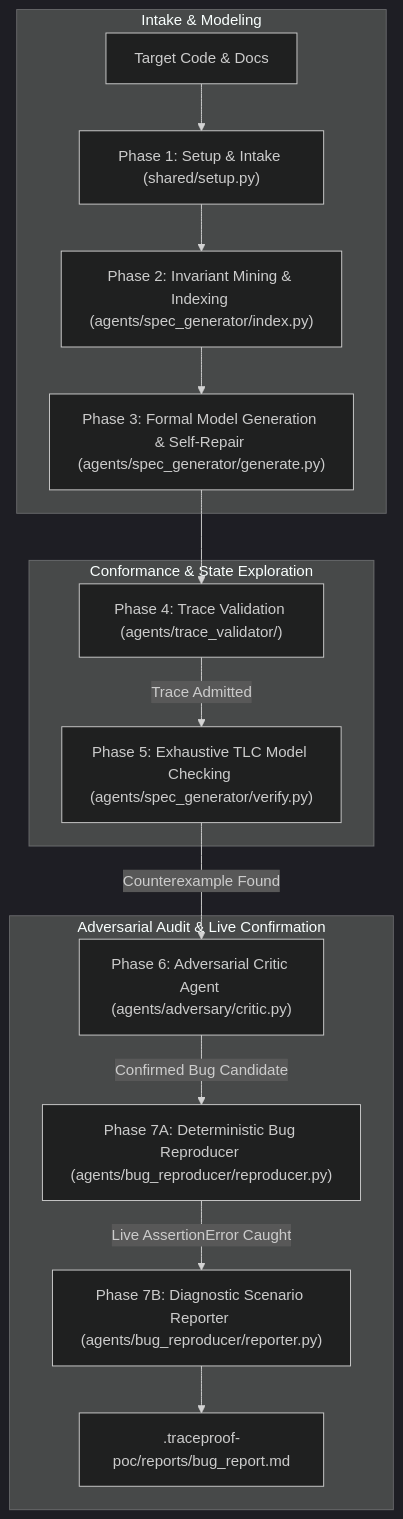
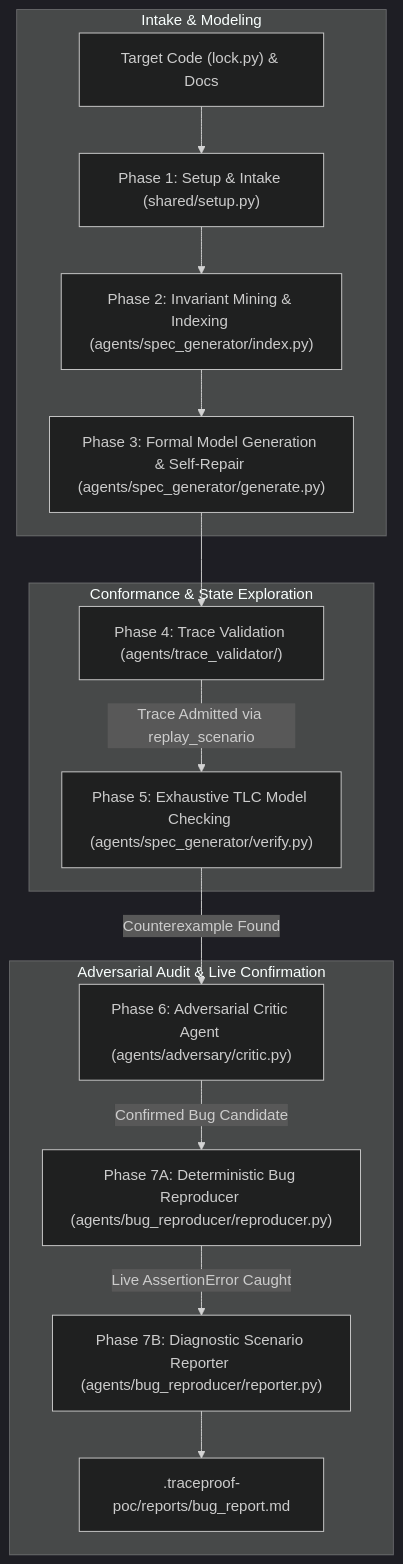
The first of 2 diagrams in README.md (Trace-Proof-Org/PoC), drawn with Mermaid (dark theme) before and after one commit. The commit also changed other lines of this file and 1 other file, not shown here.

````diff
--- a/README.md
+++ b/README.md
@@ -20,20 +26,20 @@
 ```mermaid
 flowchart TD
     subgraph Intake & Modeling
-        A["Target Code & Docs"] --> P1["Phase 1: Setup & Intake (shared/setup.py)"]
+        A["Target Code (lock.py) & Docs"] --> P1["Phase 1: Setup & Intake (shared/setup.py)"]
         P1 --> P2["Phase 2: Invariant Mining & Indexing (agents/spec_generator/index.py)"]
         P2 --> P3["Phase 3: Formal Model Generation & Self-Repair (agents/spec_generator/generate.py)"]
     end
 
     subgraph Conformance & State Exploration
         P3 --> P4["Phase 4: Trace Validation (agents/trace_validator/)"]
-        P4 -->|Trace Admitted| P5["Phase 5: Exhaustive TLC Model Checking (agents/spec_generator/verify.py)"]
+        P4 -->|Trace Admitted via replay_scenario| P5["Phase 5: Exhaustive TLC Model Checking (agents/spec_generator/verify.py)"]
     end
 
     subgraph Adversarial Audit & Live Confirmation
         P5 -->|Counterexample Found| P6["Phase 6: Adversarial Critic Agent (agents/adversary/critic.py)"]
         P6 -->|Confirmed Bug Candidate| P7A["Phase 7A: Deterministic Bug Reproducer (agents/bug_reproducer/reproducer.py)"]
         P7A -->|Live AssertionError Caught| P7B["Phase 7B: Diagnostic Scenario Reporter (agents/bug_reproducer/reporter.py)"]
         P7B --> OUT[".traceproof-poc/reports/bug_report.md"]
     end
 ```
````
